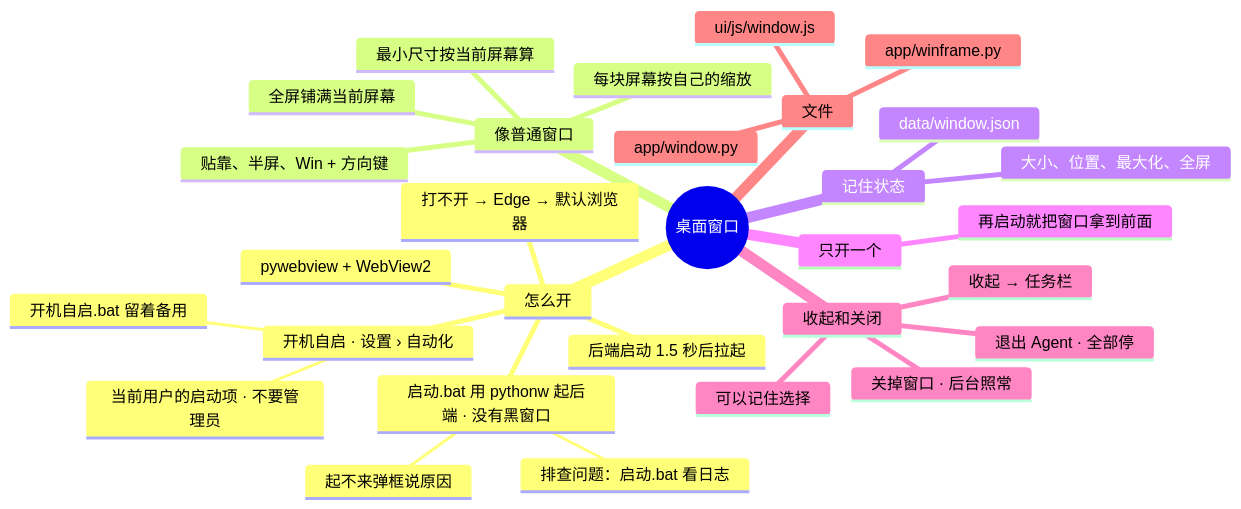
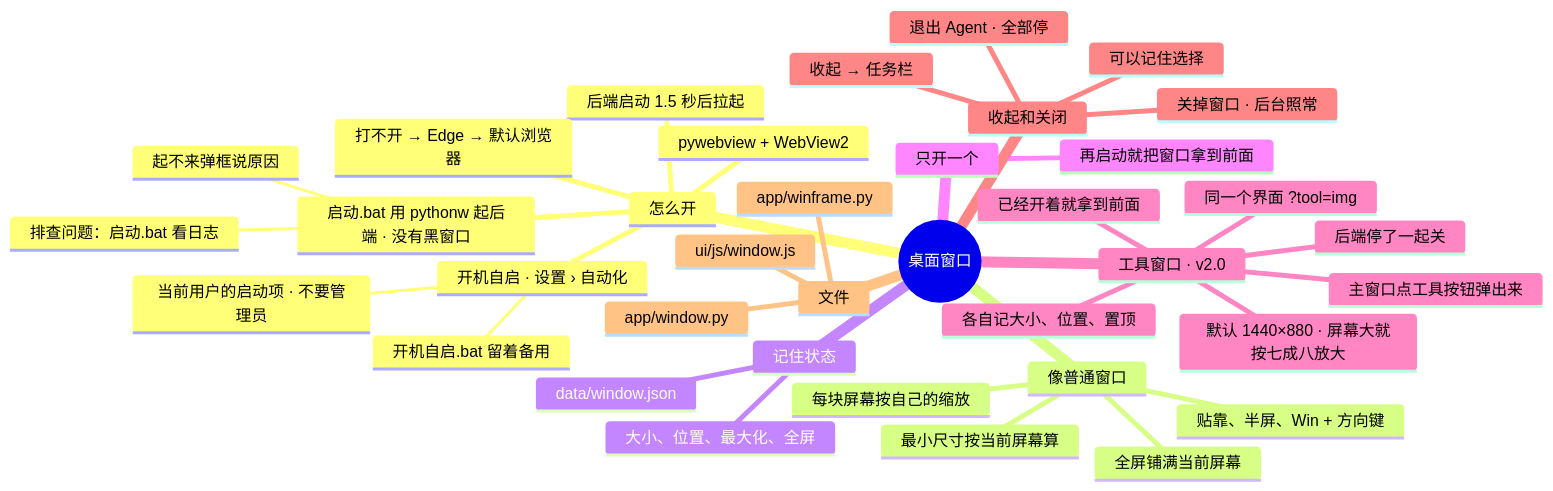
Before and after one commit to lql-076/Experiment-Agent-One: the diagram in docs/AI文档/架构/13-桌面窗口.md, drawn with Mermaid. The commit also changed other lines of this file and 56 other files, not shown here.

First line of the commit message:
v2.0.0：界面整个重做成极简（深色、浅色两套）；主窗口只放主页和常驻，工具都是独立窗口；生图加「角色」，批量清单写到角色名字自动带上形象

````diff
--- a/docs/AI文档/架构/13-桌面窗口.md
+++ b/docs/AI文档/架构/13-桌面窗口.md
@@ -9,33 +9,40 @@
 ```mermaid
 mindmap
   root((桌面窗口))
     怎么开
       启动.bat 用 pythonw 起后端 · 没有黑窗口
         起不来弹框说原因
         排查问题：启动.bat 看日志
       后端启动 1.5 秒后拉起
       pywebview + WebView2
       打不开 → Edge → 默认浏览器
       开机自启 · 设置 › 自动化
         当前用户的启动项 · 不要管理员
         开机自启.bat 留着备用
     像普通窗口
       贴靠、半屏、Win + 方向键
       每块屏幕按自己的缩放
       最小尺寸按当前屏幕算
       全屏铺满当前屏幕
     记住状态
       大小、位置、最大化、全屏
       data/window.json
     只开一个
       再启动就把窗口拿到前面
+    工具窗口 · v2.0
+      主窗口点工具按钮弹出来
+      同一个界面 ?tool=img
+      已经开着就拿到前面
+      各自记大小、位置、置顶
+      默认 1440×880 · 屏幕大就按七成八放大
+      后端停了一起关
     收起和关闭
       收起 → 任务栏
       关掉窗口 · 后台照常
       退出 Agent · 全部停
       可以记住选择
     文件
       app/window.py
       app/winframe.py
       ui/js/window.js
 ```
````
